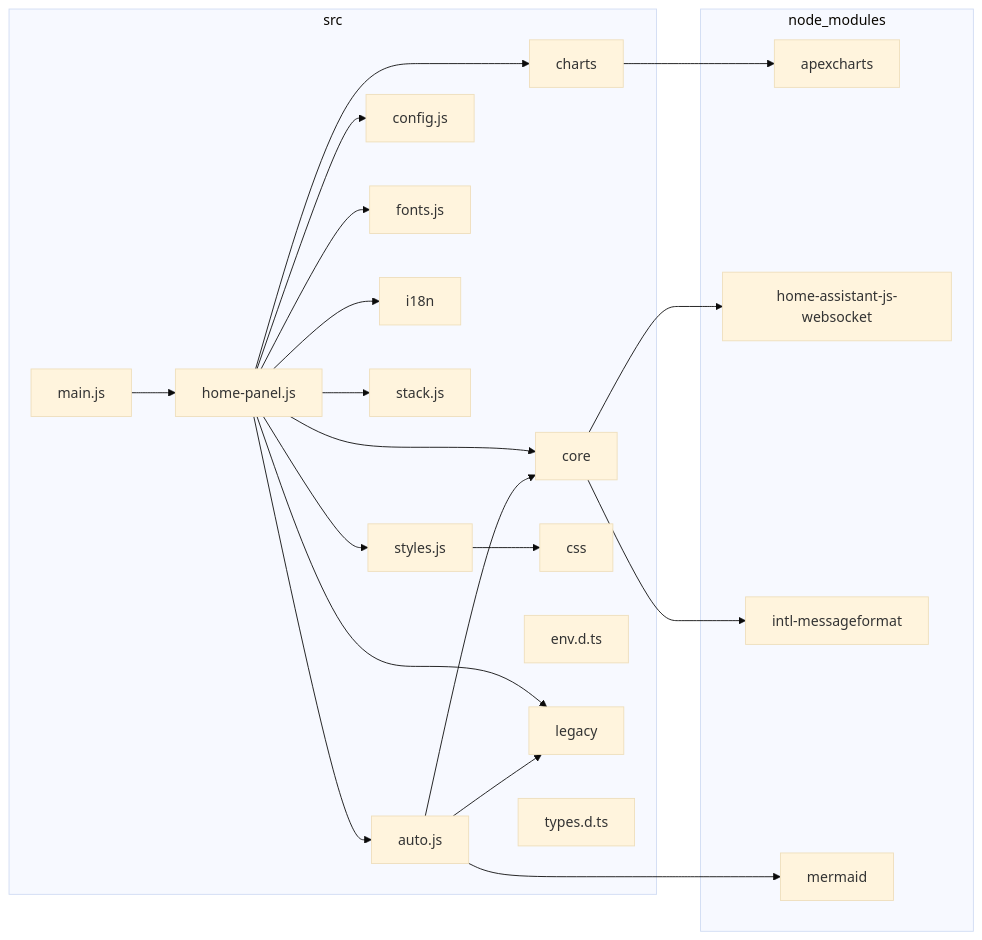
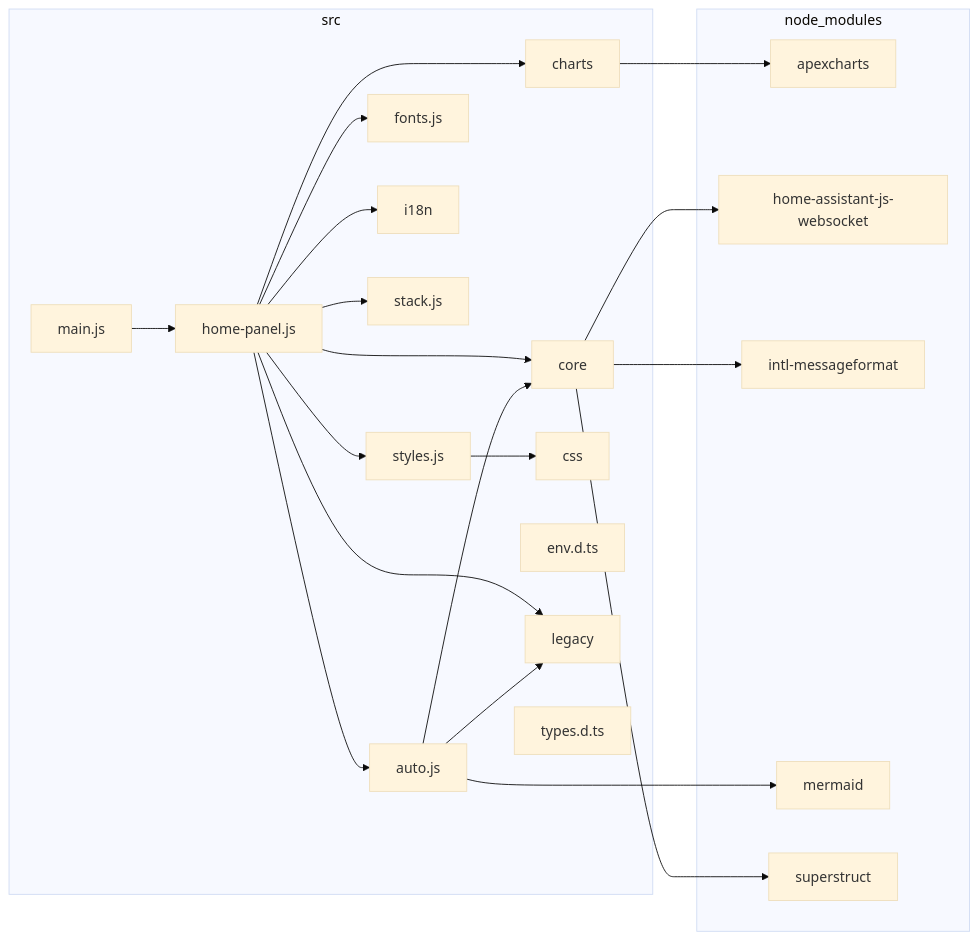
The diagram in docs/architecture/dependency-graph.md (pldelisle/ha-home-panel), drawn with Mermaid (base theme) before and after one commit. The commit also changed 18 other files, not shown here.

First line of the commit message:
Config schema: one superstruct schema types and parses the config, checkConfig returns problems, names: typed (#136)

````diff
--- a/docs/architecture/dependency-graph.md
+++ b/docs/architecture/dependency-graph.md
@@ -5,43 +5,43 @@
 ```mermaid
 flowchart LR
 
 subgraph 0["node_modules"]
 1["apexcharts"]
 2["home-assistant-js-websocket"]
 3["intl-messageformat"]
 4["mermaid"]
+5["superstruct"]
 end
-subgraph 5["src"]
-6["auto.js"]
-7["charts"]
-8["config.js"]
+subgraph 6["src"]
+7["auto.js"]
+8["charts"]
 9["core"]
 A["css"]
 B["env.d.ts"]
 C["fonts.js"]
 D["home-panel.js"]
 E["i18n"]
 F["legacy"]
 G["main.js"]
 H["stack.js"]
 I["styles.js"]
 J["types.d.ts"]
 end
-6-->9
-6-->F
-6-->4
-7-->1
+7-->9
+7-->F
+7-->4
+8-->1
 9-->2
+9-->5
 9-->3
-D-->6
 D-->7
 D-->8
 D-->9
 D-->C
 D-->E
 D-->F
 D-->H
 D-->I
 G-->D
 I-->A
 ```
````
